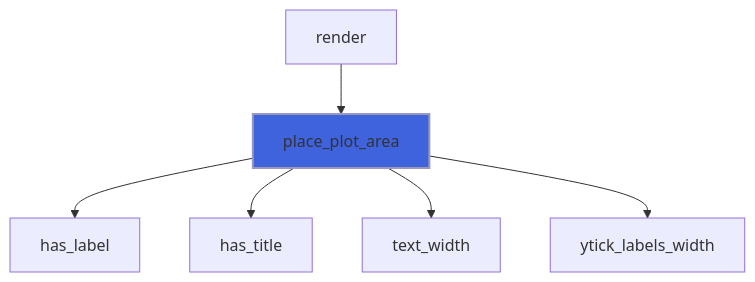
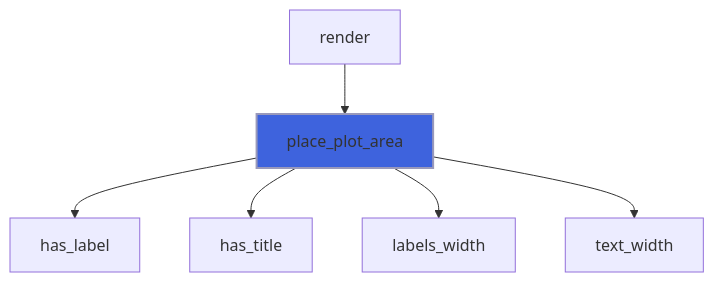
Diagram 15 of 15 in docs/api/src/lib/foresight_axes.md (szaghi/foresight), drawn with Mermaid before and after one commit. The commit also changed other lines of this file and 97 other files, not shown here.

````diff
--- a/docs/api/src/lib/foresight_axes.md
+++ b/docs/api/src/lib/foresight_axes.md
@@ -419,9 +576,9 @@
 ```mermaid
 flowchart TD
   render["render"] --> place_plot_area["place_plot_area"]
   place_plot_area["place_plot_area"] --> has_label["has_label"]
   place_plot_area["place_plot_area"] --> has_title["has_title"]
+  place_plot_area["place_plot_area"] --> labels_width["labels_width"]
   place_plot_area["place_plot_area"] --> text_width["text_width"]
-  place_plot_area["place_plot_area"] --> ytick_labels_width["ytick_labels_width"]
   style place_plot_area fill:#3e63dd,stroke:#99b,stroke-width:2px
 ```
````
